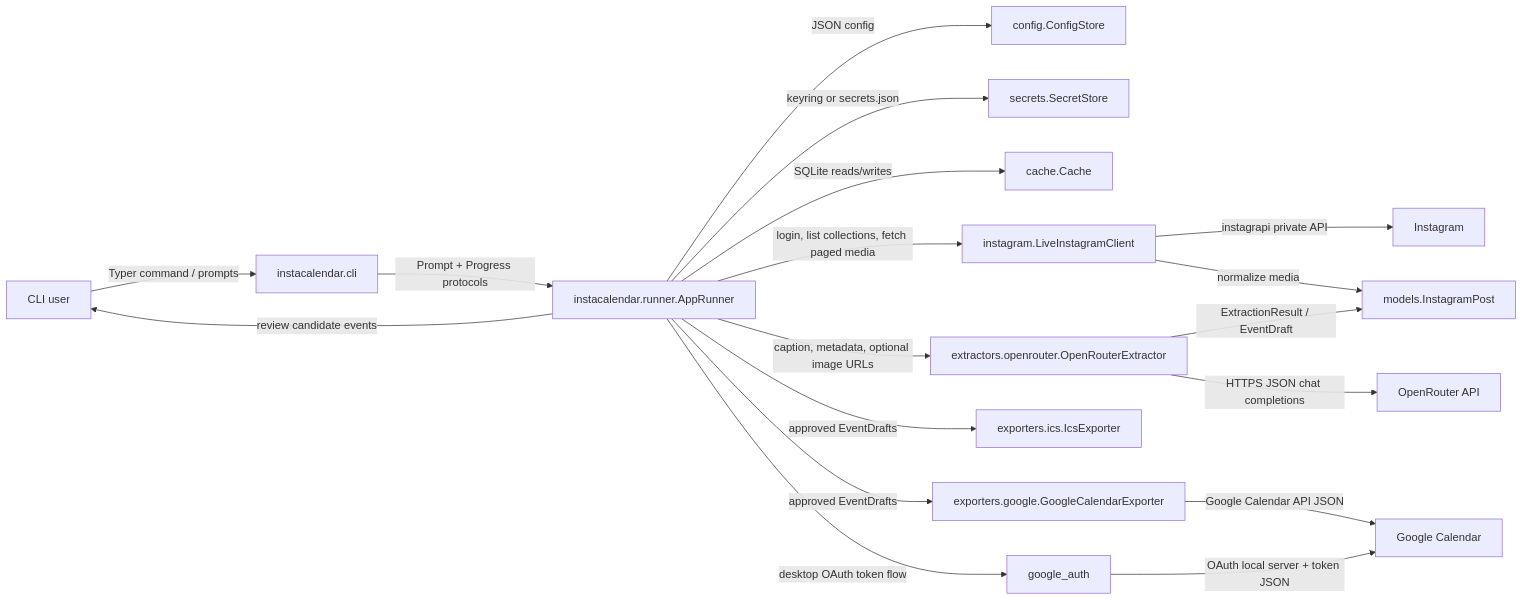
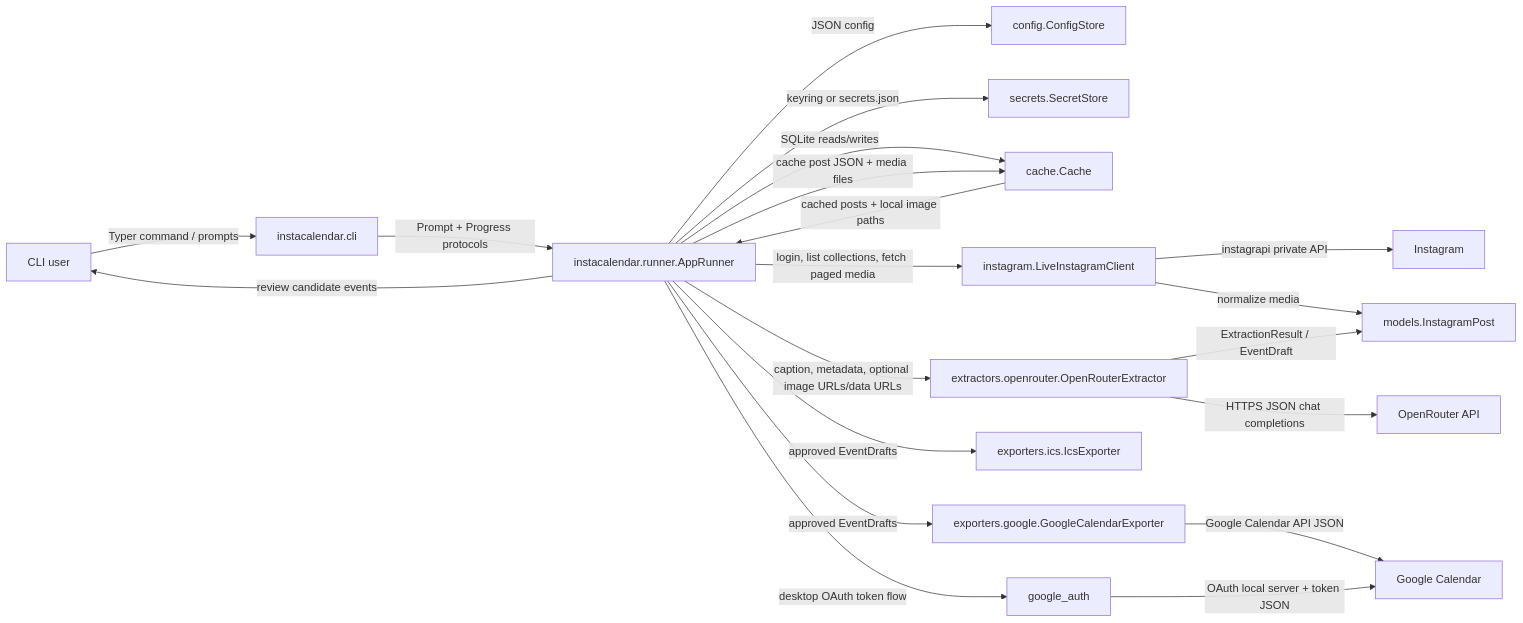
Before and after one commit to lkoelman/instacalendar: the diagram in ARCHITECTURE.md, drawn with Mermaid. The commit also changed other lines of this file and 13 other files, not shown here.

Commit message:
feat: cache instragram posts and media for re-export

````diff
--- a/ARCHITECTURE.md
+++ b/ARCHITECTURE.md
@@ -29,24 +29,27 @@
 ```mermaid
 graph LR
     User["CLI user"] -->|"Typer command / prompts"| CLI["instacalendar.cli"]
     CLI -->|"Prompt + Progress protocols"| Runner["instacalendar.runner.AppRunner"]
 
     Runner -->|"JSON config"| Config["config.ConfigStore"]
     Runner -->|"keyring or secrets.json"| Secrets["secrets.SecretStore"]
     Runner -->|"SQLite reads/writes"| Cache["cache.Cache"]
 
     Runner -->|"login, list collections, fetch paged media"| Instagram["instagram.LiveInstagramClient"]
     Instagram -->|"instagrapi private API"| InstagramAPI["Instagram"]
     Instagram -->|"normalize media"| Models["models.InstagramPost"]
 
-    Runner -->|"caption, metadata, optional image URLs"| OpenRouter["extractors.openrouter.OpenRouterExtractor"]
+    Runner -->|"cache post JSON + media files"| Cache
+    Cache -->|"cached posts + local image paths"| Runner
+
+    Runner -->|"caption, metadata, optional image URLs/data URLs"| OpenRouter["extractors.openrouter.OpenRouterExtractor"]
     OpenRouter -->|"HTTPS JSON chat completions"| OpenRouterAPI["OpenRouter API"]
     OpenRouter -->|"ExtractionResult / EventDraft"| Models
 
     Runner -->|"review candidate events"| User
     Runner -->|"approved EventDrafts"| ICS["exporters.ics.IcsExporter"]
     Runner -->|"approved EventDrafts"| GoogleExporter["exporters.google.GoogleCalendarExporter"]
     GoogleExporter -->|"Google Calendar API JSON"| GoogleAPI["Google Calendar"]
     Runner -->|"desktop OAuth token flow"| GoogleAuth["google_auth"]
     GoogleAuth -->|"OAuth local server + token JSON"| GoogleAPI
 ```
````
